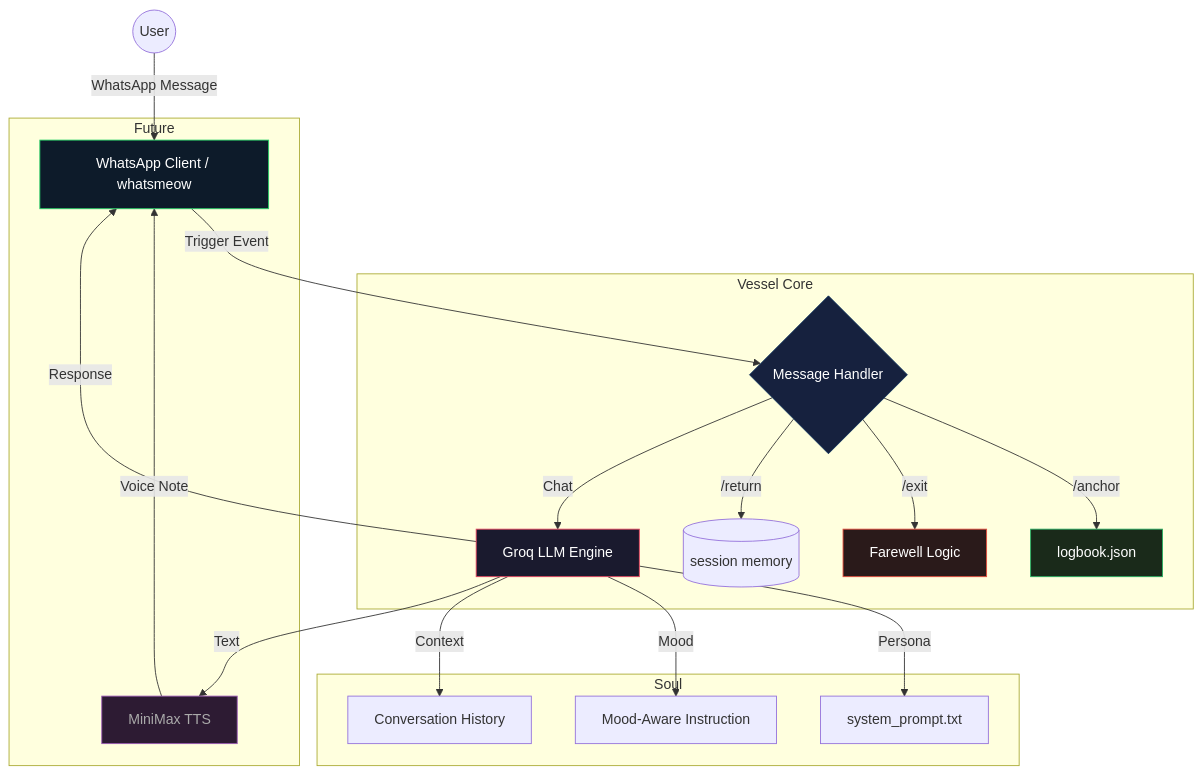
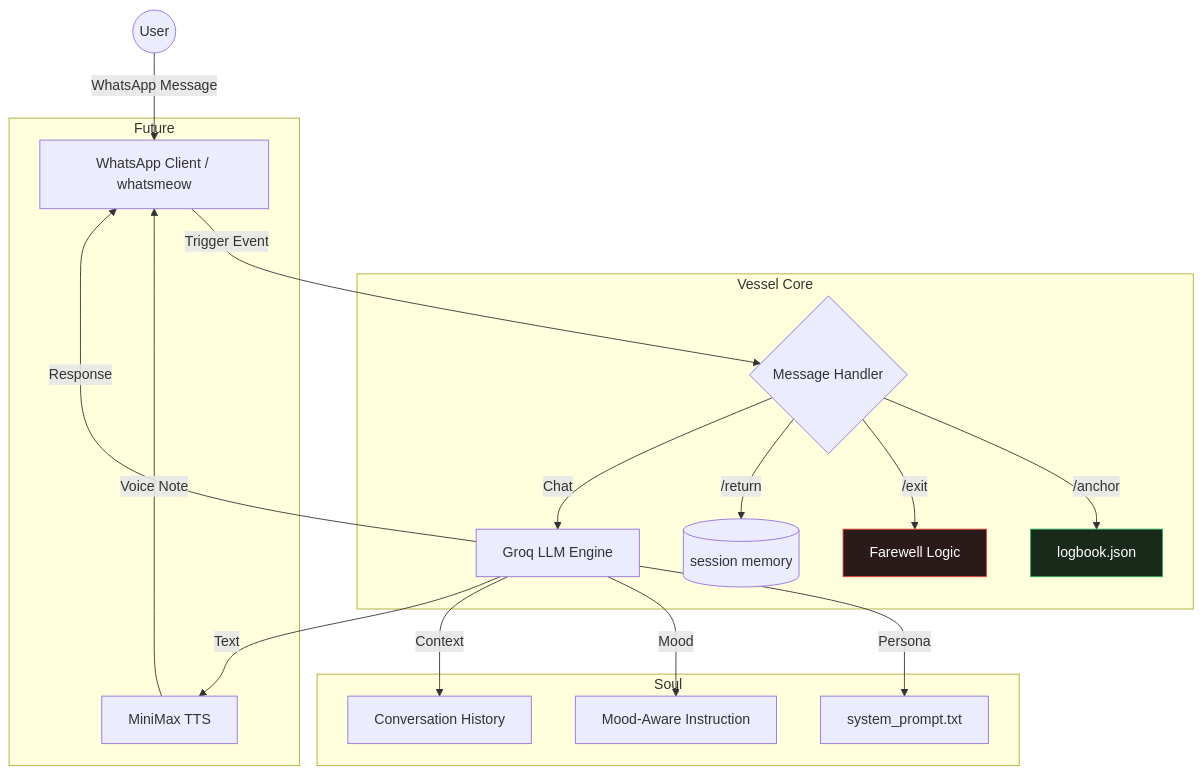
Before and after one commit to Jakeyzerk/vessel.go: the diagram in README.md, drawn with Mermaid.

Commit message:
doc: replace Technical Architecture table with Mermaid diagram

````diff
--- a/README.md
+++ b/README.md
@@ -122,32 +122,28 @@
 ```mermaid
 graph TD
     User((User)) -- WhatsApp Message --> WA[WhatsApp Client / whatsmeow]
     WA -- Trigger Event --> Handler{Message Handler}
 
     subgraph "Vessel Core"
         Handler -- /anchor --> Log[logbook.json]
         Handler -- /exit --> Farewell[Farewell Logic]
         Handler -- /return --> Memory[(session memory)]
         Handler -- Chat --> Brain[Groq LLM Engine]
     end
 
     subgraph "Soul"
         Brain -- Persona --> Prompt[system_prompt.txt]
         Brain -- Mood --> Filter[Mood-Aware Instruction]
         Brain -- Context --> History[Conversation History]
     end
 
     subgraph "Future"
         Brain -- Text --> TTS[MiniMax TTS]
         TTS -- Voice Note --> WA
     end
 
     Brain -- Response --> WA
 
-    style Brain fill:#1a1a2e,stroke:#e94560,color:#fff
-    style Handler fill:#16213e,stroke:#0f3460,color:#fff
-    style WA fill:#0d1b2a,stroke:#25D366,color:#fff
-    style TTS fill:#2d1b33,stroke:#9b59b6,color:#aaa
     style Log fill:#1a2a1a,stroke:#27ae60,color:#fff
     style Farewell fill:#2a1a1a,stroke:#e74c3c,color:#fff
 ```
````
